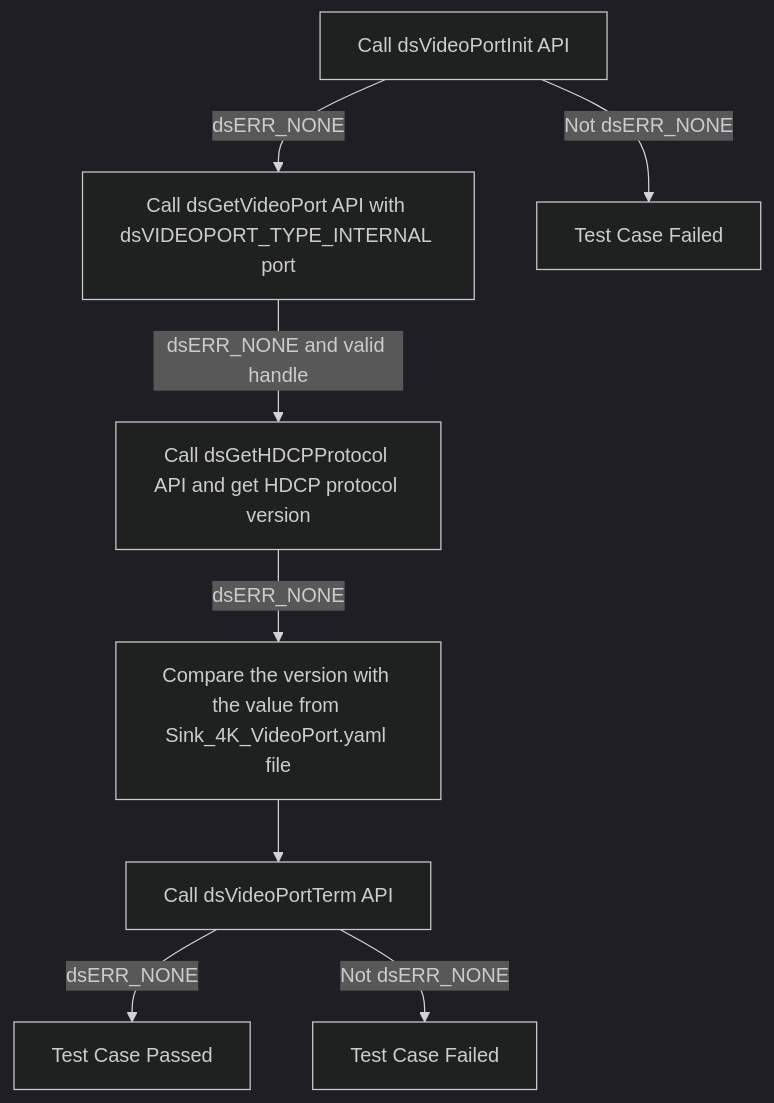
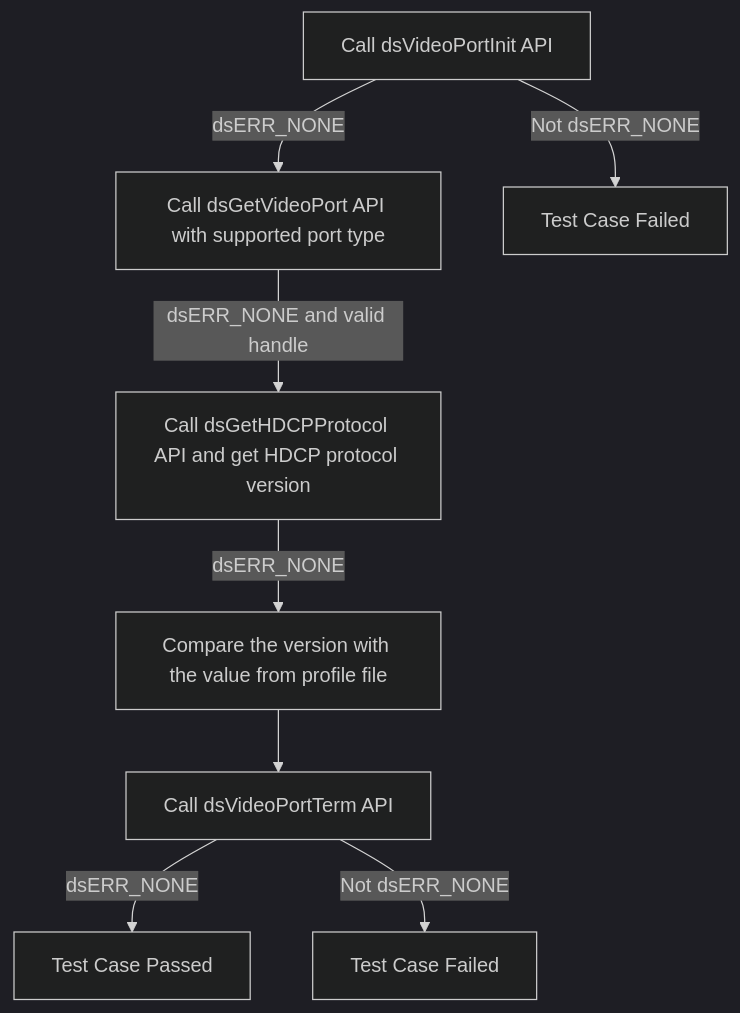
The eighth of 21 diagrams in docs/pages/ds-video-port_L2_Low-Level_TestSpecification.md (rdkcentral/rdk-halif-test-device_settings), drawn with Mermaid (dark theme) before and after one commit. The commit also changed other lines of this file and 15 other files, not shown here.

````diff
--- a/docs/pages/ds-video-port_L2_Low-Level_TestSpecification.md
+++ b/docs/pages/ds-video-port_L2_Low-Level_TestSpecification.md
@@ -694,11 +367,11 @@
 ```mermaid
 graph TB
     Step1[Call dsVideoPortInit API]
-    Step1 -- dsERR_NONE --> Step2[Call dsGetVideoPort API with dsVIDEOPORT_TYPE_INTERNAL port]
+    Step1 -- dsERR_NONE --> Step2[Call dsGetVideoPort API with supported port type]
     Step1 -- Not dsERR_NONE --> Fail1[Test Case Failed]
     Step2 -- dsERR_NONE and valid handle --> Step3[Call dsGetHDCPProtocol API and get HDCP protocol version]
-    Step3 -- dsERR_NONE --> Step5[Compare the version with the value from Sink_4K_VideoPort.yaml file ]
+    Step3 -- dsERR_NONE --> Step5[Compare the version with the value from profile file ]
     Step5 --> Step6[Call dsVideoPortTerm API]
     Step6 -- dsERR_NONE --> End[Test Case Passed]
     Step6 -- Not dsERR_NONE --> Fail6[Test Case Failed]
 ```
````
